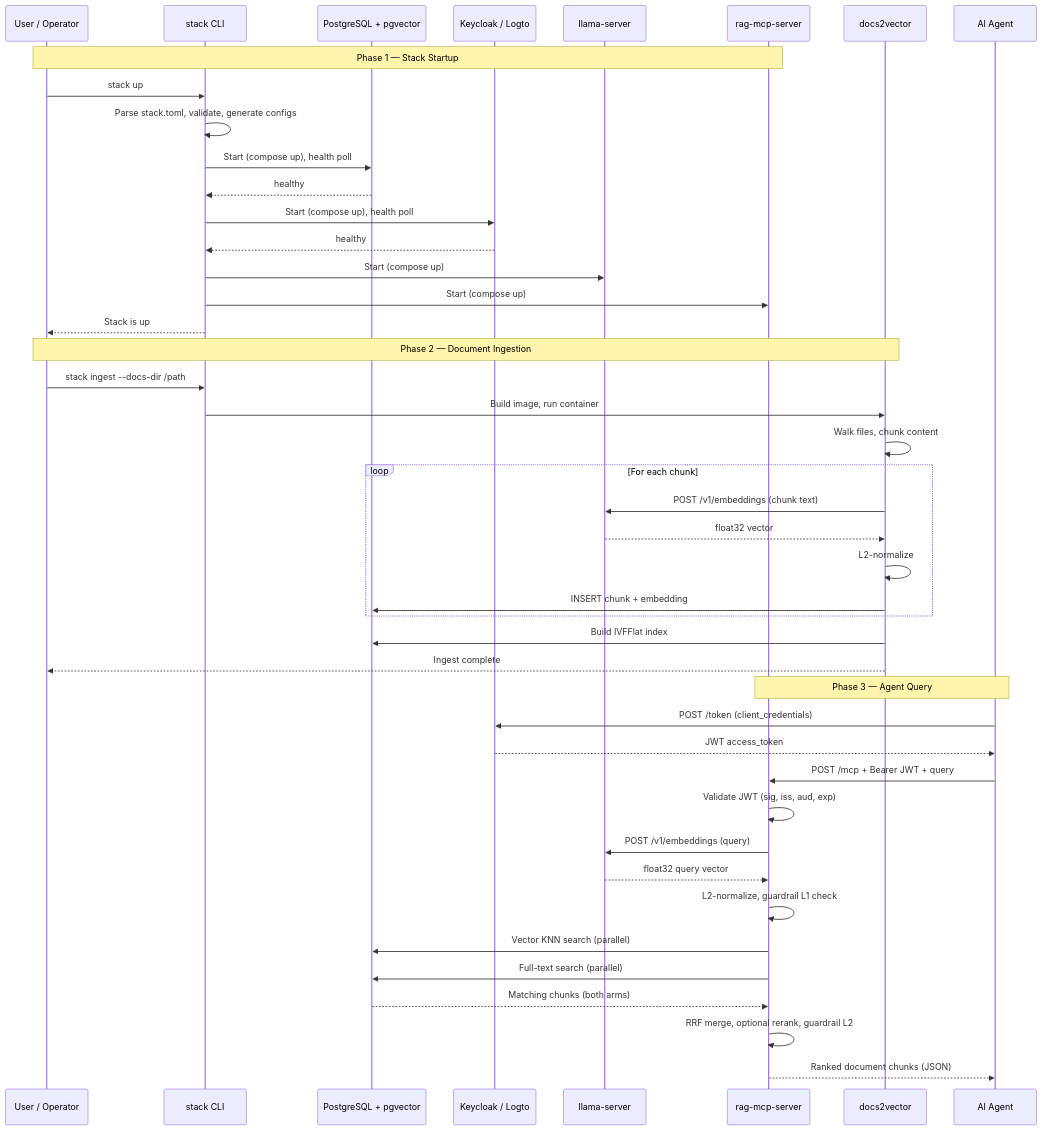
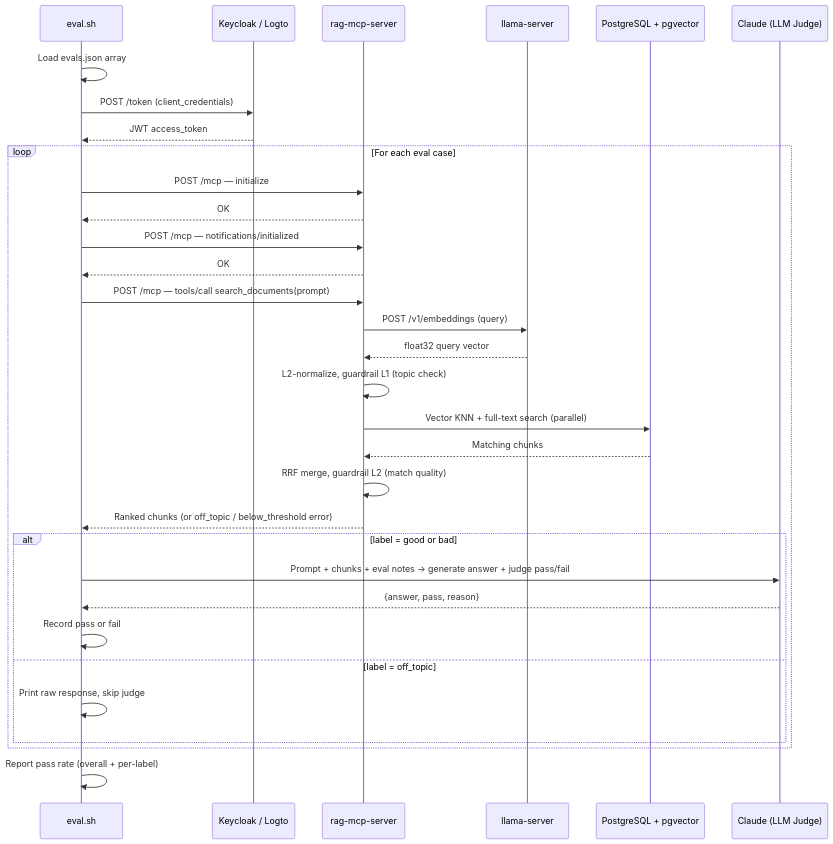
The third of 3 diagrams in README.md (BrightSign-Playground/mcp-server-compose), drawn with Mermaid before and after one commit. The commit also changed other lines of this file and 1 other file, not shown here.

Commit message:
interim commit

````diff
--- a/README.md
+++ b/README.md
@@ -260,49 +282,38 @@
 ```mermaid
 sequenceDiagram
-    participant U as User / Operator
-    participant S as stack CLI
+    participant E as eval.sh
+    participant KC as Keycloak / Logto
+    participant R as rag-mcp-server
+    participant LL as llama-server
     participant PG as PostgreSQL + pgvector
-    participant KC as Keycloak / Logto
-    participant LL as llama-server
-    participant R as rag-mcp-server
-    participant D as docs2vector
-    participant A as AI Agent
+    participant C as Claude (LLM Judge)
 
-    Note over U,R: Phase 1 — Stack Startup
-    U->>S: stack up
-    S->>S: Parse stack.toml, validate, generate configs
-    S->>PG: Start (compose up), health poll
-    PG-->>S: healthy
-    S->>KC: Start (compose up), health poll
-    KC-->>S: healthy
-    S->>LL: Start (compose up)
-    S->>R: Start (compose up)
-    S-->>U: Stack is up
+    E->>E: Load evals.json array
+    E->>KC: POST /token (client_credentials)
+    KC-->>E: JWT access_token
 
-    Note over U,D: Phase 2 — Document Ingestion
-    U->>S: stack ingest --docs-dir /path
-    S->>D: Build image, run container
-    D->>D: Walk files, chunk content
-    loop For each chunk
-        D->>LL: POST /v1/embeddings (chunk text)
-        LL-->>D: float32 vector
-        D->>D: L2-normalize
-        D->>PG: INSERT chunk + embedding
+    loop For each eval case
+        E->>R: POST /mcp — initialize
+        R-->>E: OK
+        E->>R: POST /mcp — notifications/initialized
+        R-->>E: OK
+        E->>R: POST /mcp — tools/call search_documents(prompt)
+        R->>LL: POST /v1/embeddings (query)
+        LL-->>R: float32 query vector
+        R->>R: L2-normalize, guardrail L1 (topic check)
+        R->>PG: Vector KNN + full-text search (parallel)
+        PG-->>R: Matching chunks
+        R->>R: RRF merge, guardrail L2 (match quality)
+        R-->>E: Ranked chunks (or off_topic / below_threshold error)
+
+        alt label = good or bad
+            E->>C: Prompt + chunks + eval notes → generate answer + judge pass/fail
+            C-->>E: {answer, pass, reason}
+            E->>E: Record pass or fail
+        else label = off_topic
+            E->>E: Print raw response, skip judge
+        end
     end
-    D->>PG: Build IVFFlat index
-    D-->>U: Ingest complete
 
-    Note over A,R: Phase 3 — Agent Query
-    A->>KC: POST /token (client_credentials)
-    KC-->>A: JWT access_token
-    A->>R: POST /mcp + Bearer JWT + query
-    R->>R: Validate JWT (sig, iss, aud, exp)
-    R->>LL: POST /v1/embeddings (query)
-    LL-->>R: float32 query vector
-    R->>R: L2-normalize, guardrail L1 check
-    R->>PG: Vector KNN search (parallel)
-    R->>PG: Full-text search (parallel)
-    PG-->>R: Matching chunks (both arms)
-    R->>R: RRF merge, optional rerank, guardrail L2
-    R-->>A: Ranked document chunks (JSON)
+    E->>E: Report pass rate (overall + per-label)
 ```
````
